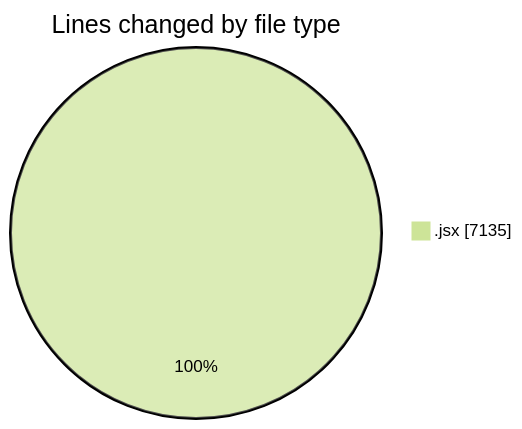
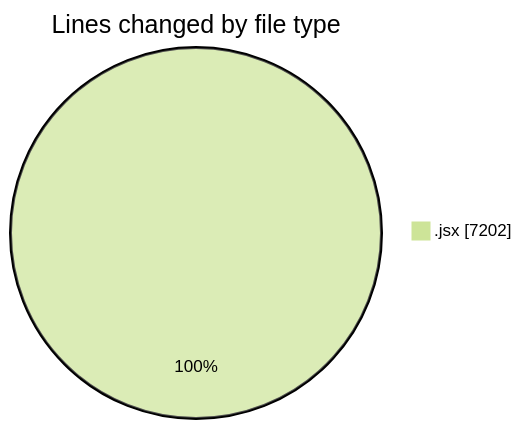
Before and after one commit to nxtqubesakshisongat/code-tracking: the first of 2 diagrams in 2025-06-14/nxtqube_webapp/README.md, drawn with Mermaid (forest theme). The commit also changed other lines of this file and 1 other file, not shown here.

````diff
--- a/2025-06-14/nxtqube_webapp/README.md
+++ b/2025-06-14/nxtqube_webapp/README.md
@@ -26,5 +26,5 @@
 ```mermaid
 pie showData
 title Lines changed by file type
-".jsx" : 7135
+".jsx" : 7202
 ```
````
